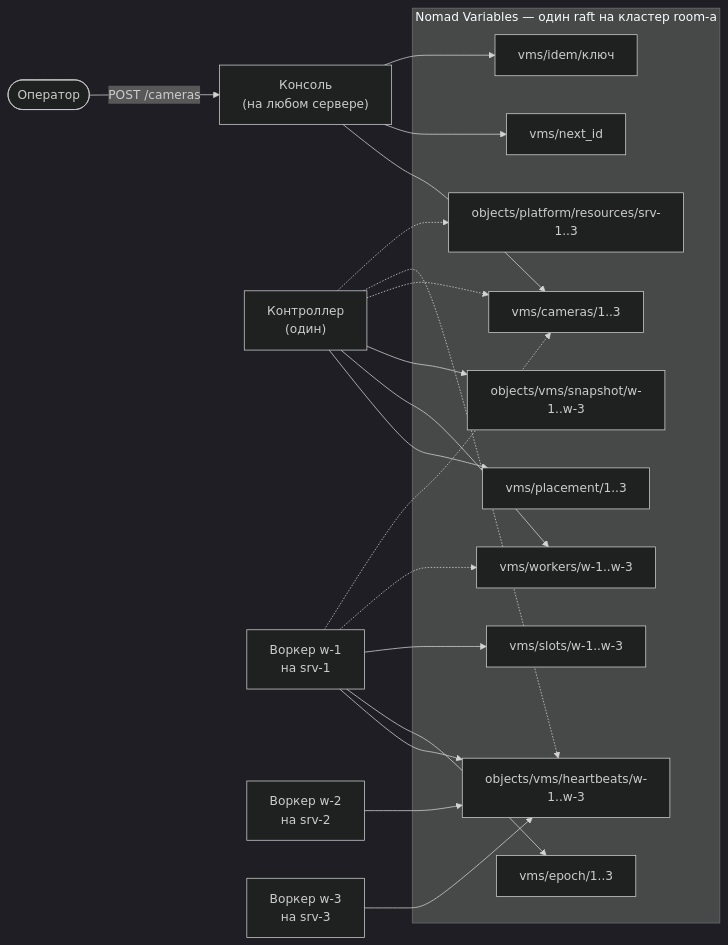
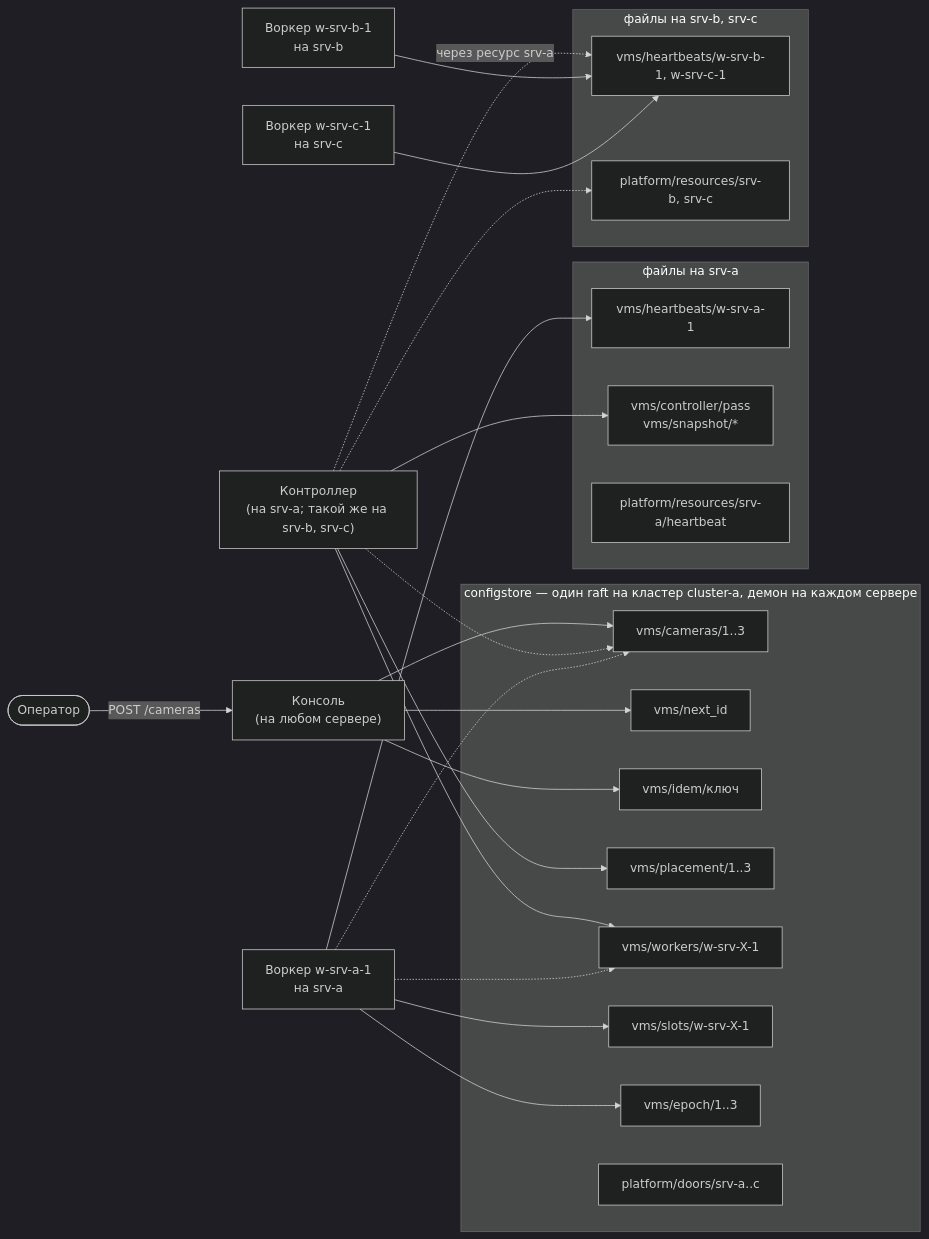
The diagram in _notes-ru/three-cameras/00-overview.md (altumur/server-vms-course), drawn with Mermaid (dark theme) before and after one commit. The commit also changed other lines of this file, not shown here.

````diff
--- a/_notes-ru/three-cameras/00-overview.md
+++ b/_notes-ru/three-cameras/00-overview.md
@@ -95,37 +100,46 @@
 ```mermaid
 flowchart LR
     OP(["Оператор"]) -->|"POST /cameras"| CON["Консоль<br/>(на любом сервере)"]
 
-    subgraph NV["Nomad Variables — один raft на кластер room-a"]
+    subgraph CS["configstore — один raft на кластер cluster-a, демон на каждом сервере"]
         CAM["vms/cameras/1..3"]
         NID["vms/next_id"]
         IDM["vms/idem/ключ"]
         PLC["vms/placement/1..3"]
-        ASG["vms/workers/w-1..w-3"]
-        SLT["vms/slots/w-1..w-3"]
+        ASG["vms/workers/w-srv-X-1"]
+        SLT["vms/slots/w-srv-X-1"]
         EPO["vms/epoch/1..3"]
-        HRT["objects/vms/heartbeats/w-1..w-3"]
-        SNP["objects/vms/snapshot/w-1..w-3"]
-        RES["objects/platform/resources/srv-1..3"]
+        DOR["platform/doors/srv-a..c"]
+    end
+
+    subgraph FA["файлы на srv-a"]
+        HRTA["vms/heartbeats/w-srv-a-1"]
+        PASS["vms/controller/pass<br/>vms/snapshot/*"]
+        RESA["platform/resources/srv-a/heartbeat"]
+    end
+
+    subgraph FB["файлы на srv-b, srv-c"]
+        HRTB["vms/heartbeats/w-srv-b-1, w-srv-c-1"]
+        RESB["platform/resources/srv-b, srv-c"]
     end
 
     CON --> CAM
     CON --> NID
     CON --> IDM
 
-    CTL["Контроллер<br/>(один)"] --> PLC
+    CTL["Контроллер<br/>(на srv-a; такой же на srv-b, srv-c)"] --> PLC
     CTL --> ASG
-    CTL --> SNP
+    CTL --> PASS
     CTL -.-> CAM
-    CTL -.-> HRT
-    CTL -.-> RES
+    CTL -.->|"через ресурс srv-a"| HRTB
+    CTL -.-> RESB
 
-    W1["Воркер w-1<br/>на srv-1"] --> HRT
+    W1["Воркер w-srv-a-1<br/>на srv-a"] --> HRTA
     W1 --> EPO
     W1 --> SLT
     W1 -.-> ASG
     W1 -.-> CAM
 
-    W2["Воркер w-2<br/>на srv-2"] --> HRT
-    W3["Воркер w-3<br/>на srv-3"] --> HRT
+    W2["Воркер w-srv-b-1<br/>на srv-b"] --> HRTB
+    W3["Воркер w-srv-c-1<br/>на srv-c"] --> HRTB
 ```
````
